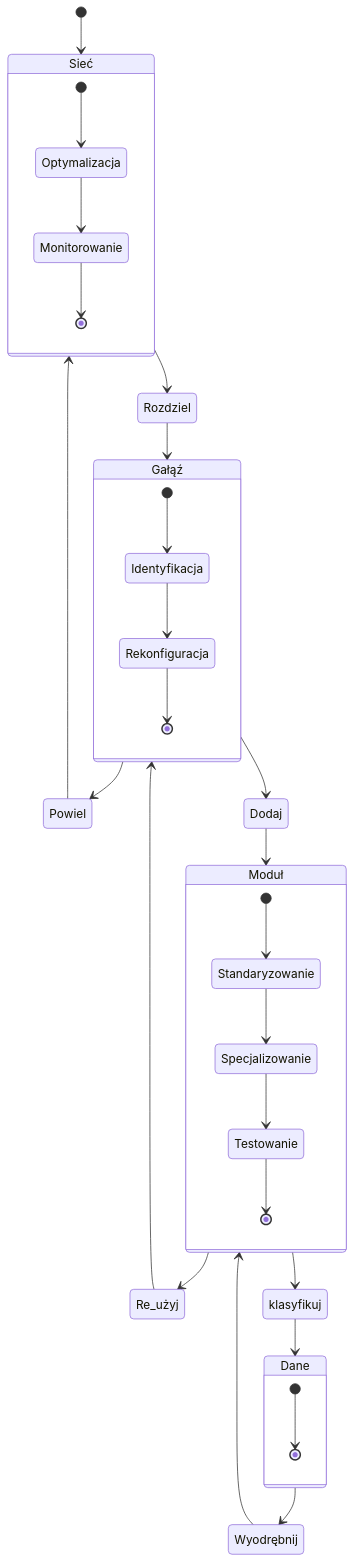
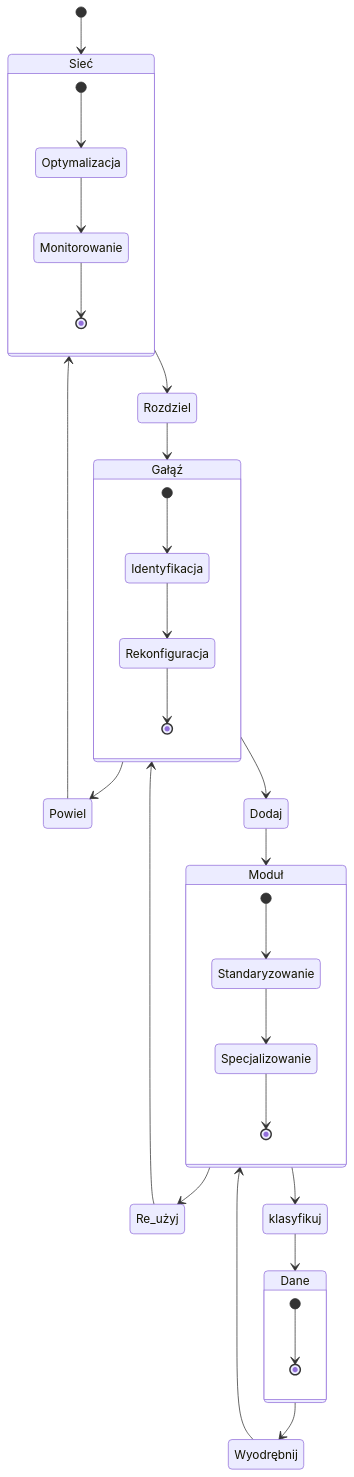
The ninth of 12 diagrams in README.md (hipermodularyzacja/prezentacja), drawn with Mermaid before and after one commit. The commit also changed other lines of this file, not shown here.

````diff
--- a/README.md
+++ b/README.md
@@ -883,46 +883,45 @@
 ```mermaid
 stateDiagram    
     [*] --> Sieć
    
     Rozdziel --> Gałąź   
     Sieć --> Rozdziel
     
     Gałąź --> Powiel
     Powiel --> Sieć
         
     Gałąź --> Dodaj
     Dodaj --> Moduł
 
     Re_użyj --> Gałąź
     Moduł --> Re_użyj
                     
     Dane --> Wyodrębnij
     Wyodrębnij --> Moduł
 
     Moduł --> klasyfikuj
     klasyfikuj --> Dane
 
 
     state Sieć {
         [*] --> Optymalizacja
         Optymalizacja --> Monitorowanie
         Monitorowanie --> [*]
     }
 
     state Gałąź {
         [*] --> Identyfikacja
         Identyfikacja --> Rekonfiguracja   
         Rekonfiguracja --> [*]
     }
 
     state Moduł {
         [*] --> Standaryzowanie
         Standaryzowanie --> Specjalizowanie
-        Specjalizowanie --> Testowanie
-        Testowanie --> [*]        
+        Specjalizowanie --> [*]        
     }
 
     state Dane {
         [*] --> [*]
-    }    
+    }     
 ```
````
